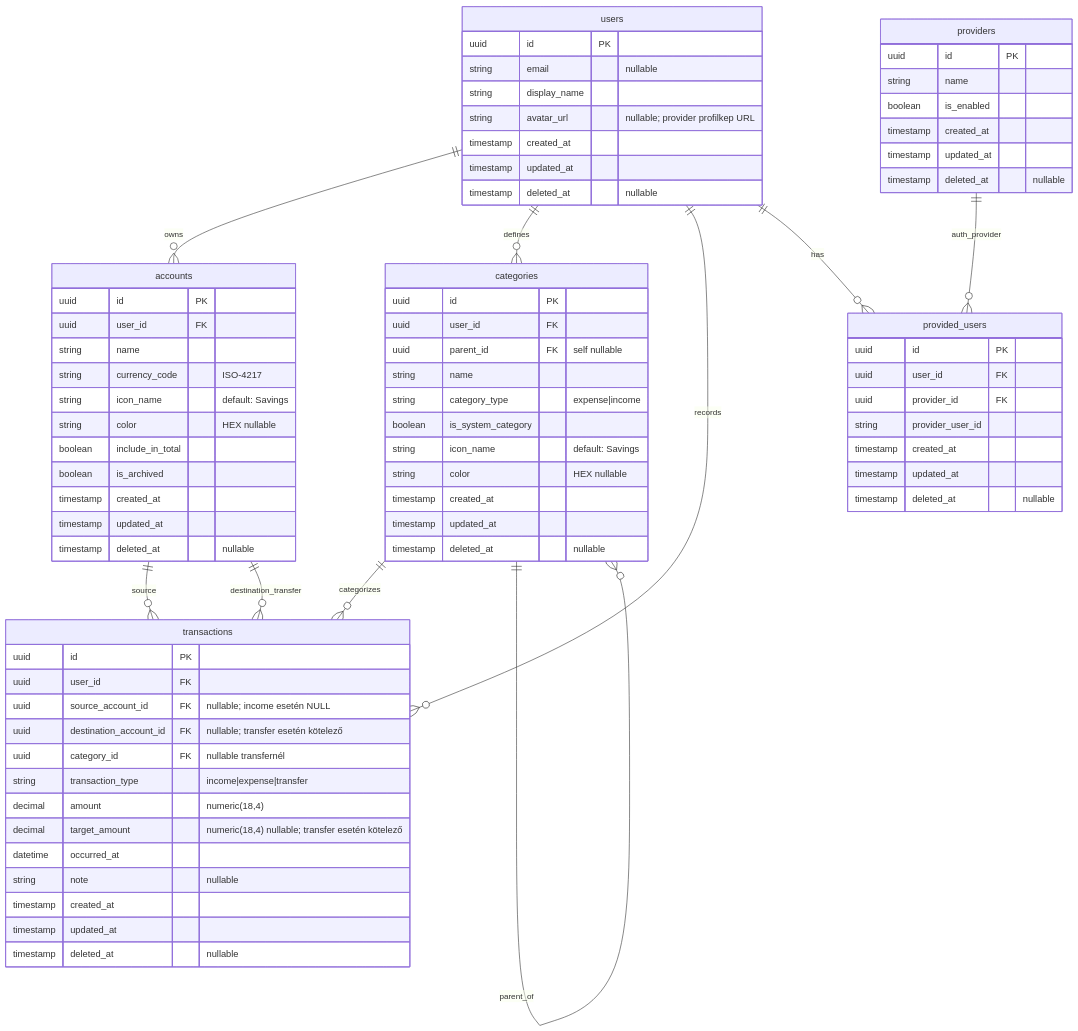
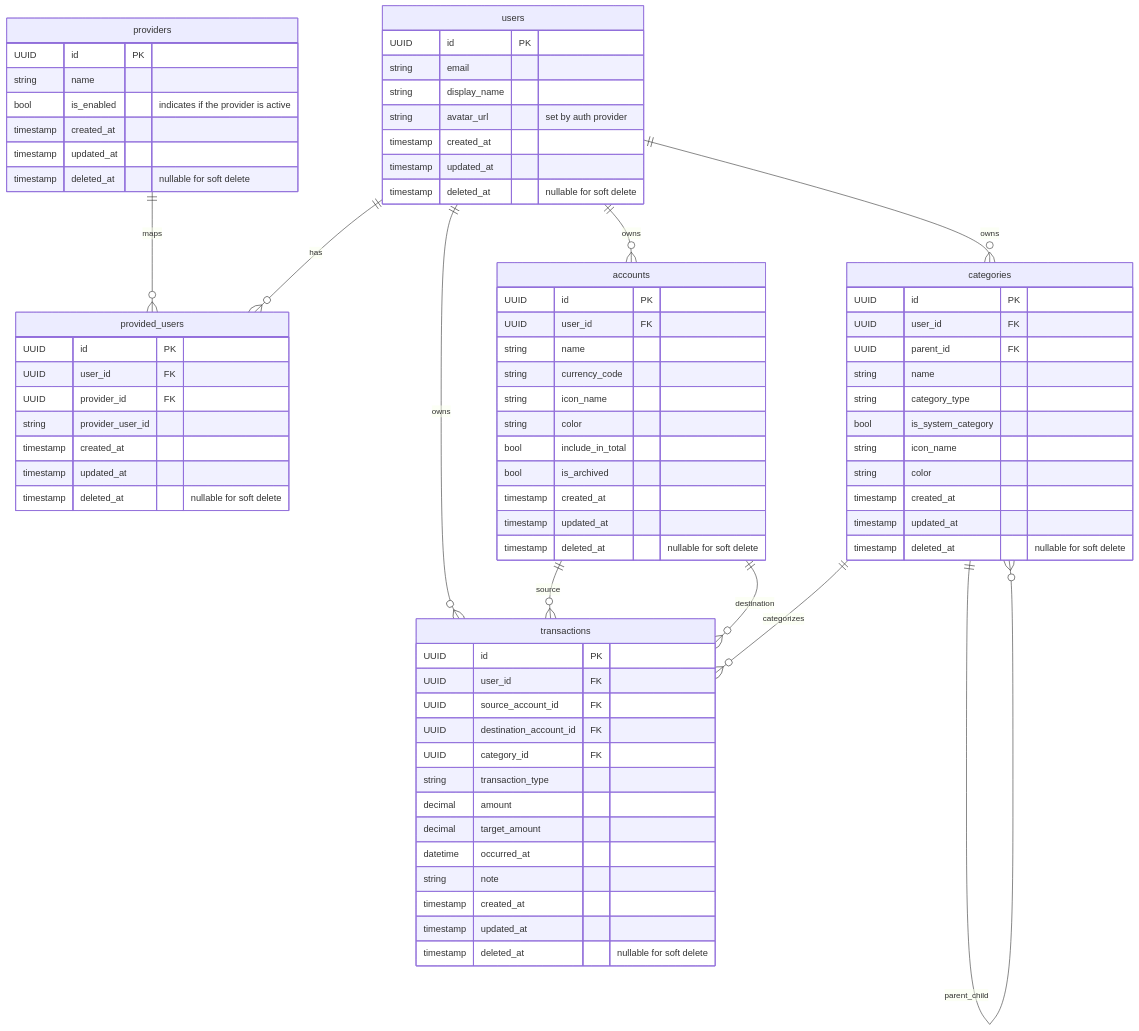
The diagram in docs/schema.md (Spyro1/daily), drawn with Mermaid before and after one commit. The commit also changed other lines of this file and 27 other files, not shown here.

````diff
--- a/docs/schema.md
+++ b/docs/schema.md
@@ -5,88 +7,90 @@
 ```mermaid
 erDiagram
-    users ||--o{ accounts : "owns"
-    users ||--o{ categories : "defines"
-    users ||--o{ transactions : "records"
+    providers ||--o{ provided_users : "maps"
     users ||--o{ provided_users : "has"
 
-    providers ||--o{ provided_users : "auth_provider"
-
-    categories ||--o{ transactions : "categorizes"
-    categories ||--o{ categories : "parent_of"
+    users ||--o{ accounts : "owns"
+    users ||--o{ categories : "owns"
+    users ||--o{ transactions : "owns"
 
     accounts ||--o{ transactions : "source"
-    accounts ||--o{ transactions : "destination_transfer"
+    accounts ||--o{ transactions : "destination"
+    
 
-    users {
-        uuid id PK
-        string email "nullable"
-        string display_name
-        string avatar_url "nullable; provider profilkep URL"
+    categories ||--o{ categories : "parent_child"
+    categories ||--o{ transactions : "categorizes"
+
+    providers {
+        UUID id PK
+        string name
+        bool is_enabled "indicates if the provider is active"
         timestamp created_at
         timestamp updated_at
-        timestamp deleted_at "nullable"
-    }
-
-    providers {
-        uuid id PK
-        string name
-        boolean is_enabled
-        timestamp created_at
-        timestamp updated_at
-        timestamp deleted_at "nullable"
+        timestamp deleted_at "nullable for soft delete"
     }
 
     provided_users {
-        uuid id PK
-        uuid user_id FK
-        uuid provider_id FK
+        UUID id PK
+        UUID user_id FK
+        UUID provider_id FK
         string provider_user_id
         timestamp created_at
         timestamp updated_at
-        timestamp deleted_at "nullable"
+        timestamp deleted_at "nullable for soft delete"
     }
 
-    accounts {
-        uuid id PK
-        uuid user_id FK
-        string name
-        string currency_code "ISO-4217"
-        string icon_name "default: Savings"
-        string color "HEX nullable"
-        boolean include_in_total
-        boolean is_archived
+    users {
+        UUID id PK
+        string email
+        string display_name
+        string avatar_url "set by auth provider"
         timestamp created_at
         timestamp updated_at
-        timestamp deleted_at "nullable"
+        timestamp deleted_at "nullable for soft delete"
+    }
+
+
+    accounts {
+        UUID id PK
+        UUID user_id FK
+        string name
+        string currency_code
+        string icon_name
+        string color
+        bool include_in_total
+        bool is_archived
+        timestamp created_at
+        timestamp updated_at
+        timestamp deleted_at "nullable for soft delete"
     }
 
     categories {
-        uuid id PK
-        uuid user_id FK
-        uuid parent_id FK "self nullable"
+        UUID id PK
+        UUID user_id FK
+        UUID parent_id FK
         string name
-        string category_type "expense|income"
-        boolean is_system_category
-        string icon_name "default: Savings"
-        string color "HEX nullable"
+        string category_type
+        bool is_system_category
+        string icon_name
+        string color
         timestamp created_at
         timestamp updated_at
-        timestamp deleted_at "nullable"
+        timestamp deleted_at "nullable for soft delete"
     }
 
     transactions {
-        uuid id PK
-        uuid user_id FK
-        uuid source_account_id FK "nullable; income esetén NULL"
-        uuid destination_account_id FK "nullable; transfer esetén kötelező"
-        uuid category_id FK "nullable transfernél"
-        string transaction_type "income|expense|transfer"
-        decimal amount "numeric(18,4)"
-        decimal target_amount "numeric(18,4) nullable; transfer esetén kötelező"
+        UUID id PK
+        UUID user_id FK
+        UUID source_account_id FK
+        UUID destination_account_id FK
+        UUID category_id FK
+        string transaction_type
+        decimal amount
+        decimal target_amount
         datetime occurred_at
-        string note "nullable"
+        string note
         timestamp created_at
         timestamp updated_at
-        timestamp deleted_at "nullable"
+        timestamp deleted_at "nullable for soft delete"
     }
 ```
````
